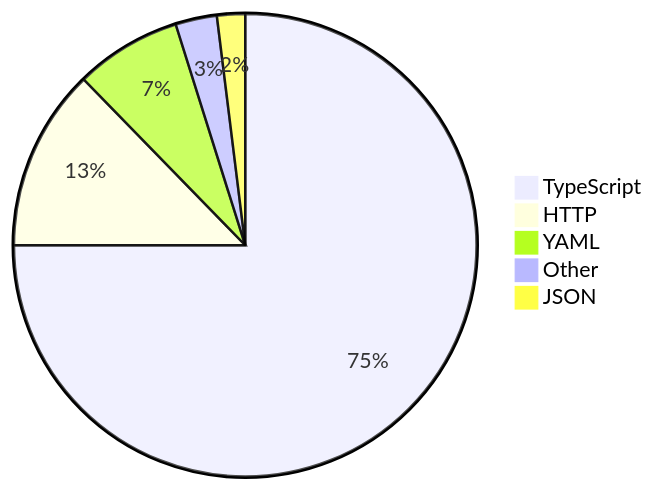
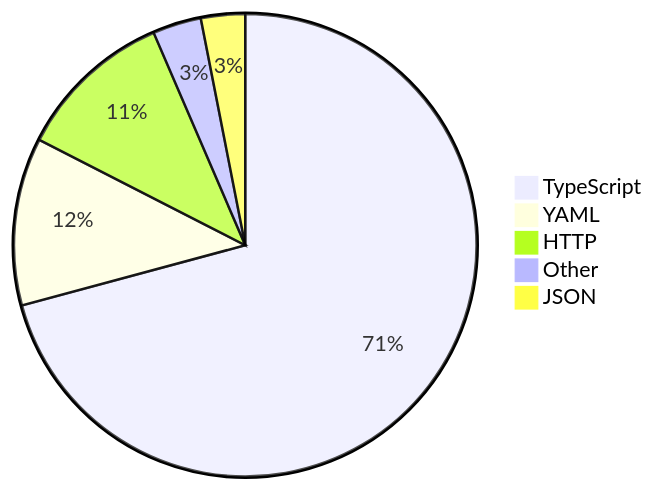
Before and after one commit to skvggor/skvggor: the diagram in README.md, drawn with Mermaid.

Commit message:
Updated waka-readme graph with new metrics

````diff
--- a/README.md
+++ b/README.md
@@ -16,8 +16,8 @@
 ```mermaid
 pie
-    "TypeScript" : 72.6
-    "HTTP" : 12.3
-    "YAML" : 7.2
-    "Other" : 2.8
-    "JSON" : 1.9
+    "TypeScript" : 68.9
+    "YAML" : 11.4
+    "HTTP" : 10.7
+    "Other" : 3.3
+    "JSON" : 3.0
 ```
````
